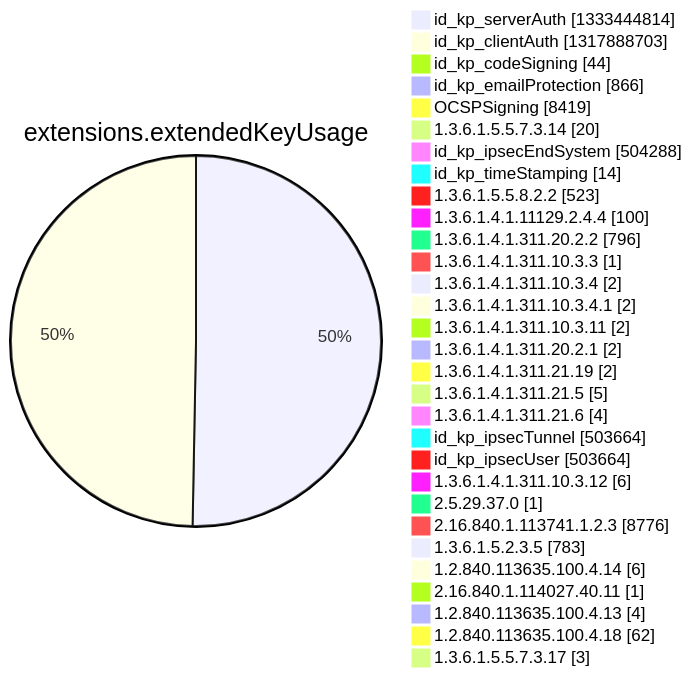
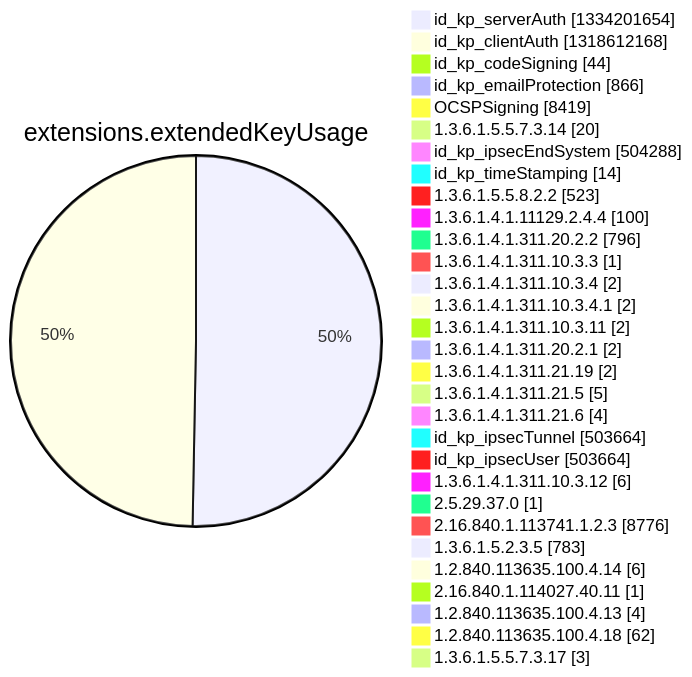
One commit to christiankrug/ctmonitor_visualization changed diagram 12 of 15 in argon2022/README.md. Above: the diagram before and after it, drawn with Mermaid. The commit also changed other lines of this file, not shown here.

````diff
--- a/argon2022/README.md
+++ b/argon2022/README.md
@@ -3553,34 +3553,34 @@
 ```mermaid
 pie showData
 title extensions.extendedKeyUsage
-"id_kp_serverAuth" :1333444814
-"id_kp_clientAuth" :1317888703
+"id_kp_serverAuth" :1334201654
+"id_kp_clientAuth" :1318612168
 "id_kp_codeSigning" :44
 "id_kp_emailProtection" :866
 "OCSPSigning" :8419
 "1.3.6.1.5.5.7.3.14" :20
 "id_kp_ipsecEndSystem" :504288
 "id_kp_timeStamping" :14
 "1.3.6.1.5.5.8.2.2" :523
 "1.3.6.1.4.1.11129.2.4.4" :100
 "1.3.6.1.4.1.311.20.2.2" :796
 "1.3.6.1.4.1.311.10.3.3" :1
 "1.3.6.1.4.1.311.10.3.4" :2
 "1.3.6.1.4.1.311.10.3.4.1" :2
 "1.3.6.1.4.1.311.10.3.11" :2
 "1.3.6.1.4.1.311.20.2.1" :2
 "1.3.6.1.4.1.311.21.19" :2
 "1.3.6.1.4.1.311.21.5" :5
 "1.3.6.1.4.1.311.21.6" :4
 "id_kp_ipsecTunnel" :503664
 "id_kp_ipsecUser" :503664
 "1.3.6.1.4.1.311.10.3.12" :6
 "2.5.29.37.0" :1
 "2.16.840.1.113741.1.2.3" :8776
 "1.3.6.1.5.2.3.5" :783
 "1.2.840.113635.100.4.14" :6
 "2.16.840.1.114027.40.11" :1
 "1.2.840.113635.100.4.13" :4
 "1.2.840.113635.100.4.18" :62
 "1.3.6.1.5.5.7.3.17" :3
 ```
````
